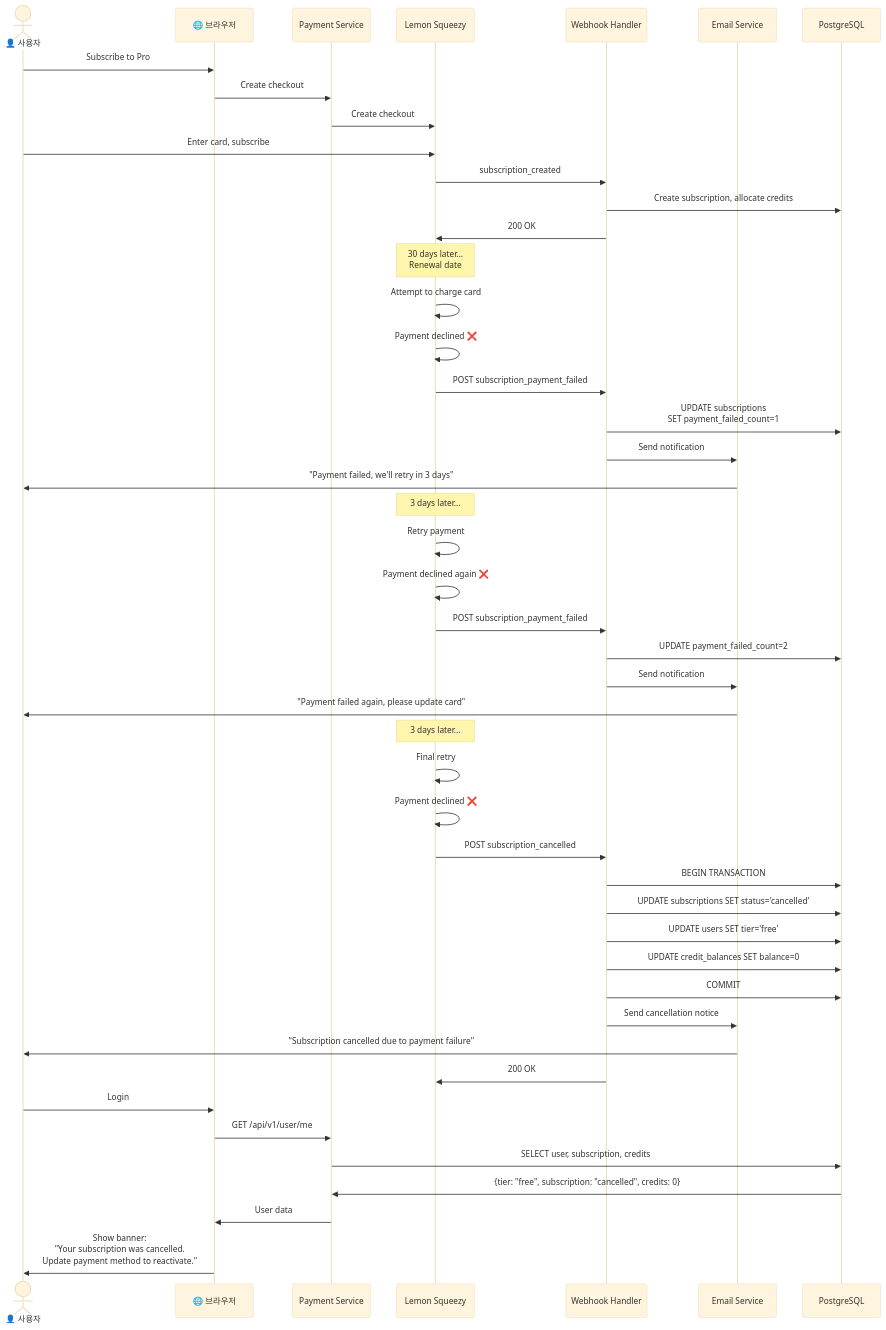
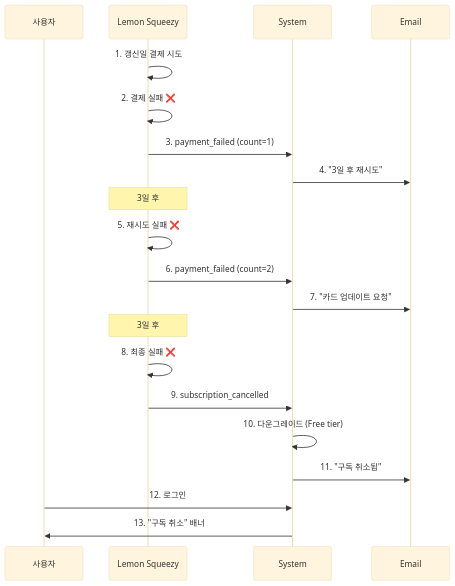
The seventh of 7 diagrams in docs/final-architecture/03-user-sequence-diagrams.md (Pinksea-AI/InvokeAI), drawn with Mermaid (base theme) before and after one commit. The commit also changed other lines of this file and 1 other file, not shown here.

First line of the commit message:
docs: Mermaid 다이어그램 렌더링 문제 수정

````diff
--- a/docs/final-architecture/03-user-sequence-diagrams.md
+++ b/docs/final-architecture/03-user-sequence-diagrams.md
@@ -520,68 +463,26 @@
 ```mermaid
 sequenceDiagram
-    actor User as 👤 사용자
-    participant Browser as 🌐 브라우저
-    participant PaymentSvc as Payment Service
+    participant User as 사용자
     participant LS as Lemon Squeezy
-    participant Webhook as Webhook Handler
-    participant Email as Email Service
-    participant DB as PostgreSQL
+    participant System as System
+    participant Email as Email
 
-    %% 1. 정상 구독
-    User->>Browser: Subscribe to Pro
-    Browser->>PaymentSvc: Create checkout
-    PaymentSvc->>LS: Create checkout
-    User->>LS: Enter card, subscribe
+    LS->>LS: 1. 갱신일 결제 시도
+    LS->>LS: 2. 결제 실패 ❌
+    LS->>System: 3. payment_failed (count=1)
+    System->>Email: 4. "3일 후 재시도"
 
-    LS->>Webhook: subscription_created
-    Webhook->>DB: Create subscription, allocate credits
-    Webhook->>LS: 200 OK
+    Note over LS: 3일 후
+    LS->>LS: 5. 재시도 실패 ❌
+    LS->>System: 6. payment_failed (count=2)
+    System->>Email: 7. "카드 업데이트 요청"
 
-    %% 2. 30일 후 갱신 시도
-    Note over LS: 30 days later...<br/>Renewal date
-    LS->>LS: Attempt to charge card
-    LS->>LS: Payment declined ❌
+    Note over LS: 3일 후
+    LS->>LS: 8. 최종 실패 ❌
+    LS->>System: 9. subscription_cancelled
+    System->>System: 10. 다운그레이드 (Free tier)
+    System->>Email: 11. "구독 취소됨"
 
-    LS->>Webhook: POST subscription_payment_failed
-    Webhook->>DB: UPDATE subscriptions<br/>SET payment_failed_count=1
-
-    Webhook->>Email: Send notification
-    Email->>User: "Payment failed, we'll retry in 3 days"
-
-    %% 3. 첫 번째 재시도 (3일 후)
-    Note over LS: 3 days later...
-    LS->>LS: Retry payment
-    LS->>LS: Payment declined again ❌
-
-    LS->>Webhook: POST subscription_payment_failed
-    Webhook->>DB: UPDATE payment_failed_count=2
-    Webhook->>Email: Send notification
-    Email->>User: "Payment failed again, please update card"
-
-    %% 4. 두 번째 재시도 (3일 후)
-    Note over LS: 3 days later...
-    LS->>LS: Final retry
-    LS->>LS: Payment declined ❌
-
-    LS->>Webhook: POST subscription_cancelled
-    Webhook->>DB: BEGIN TRANSACTION
-
-    Webhook->>DB: UPDATE subscriptions SET status='cancelled'
-    Webhook->>DB: UPDATE users SET tier='free'
-    Webhook->>DB: UPDATE credit_balances SET balance=0
-
-    Webhook->>DB: COMMIT
-
-    Webhook->>Email: Send cancellation notice
-    Email->>User: "Subscription cancelled due to payment failure"
-
-    Webhook->>LS: 200 OK
-
-    %% 5. 사용자 다음 로그인
-    User->>Browser: Login
-    Browser->>PaymentSvc: GET /api/v1/user/me
-    PaymentSvc->>DB: SELECT user, subscription, credits
-    DB->>PaymentSvc: {tier: "free", subscription: "cancelled", credits: 0}
-    PaymentSvc->>Browser: User data
-    Browser->>User: Show banner:<br/>"Your subscription was cancelled.<br/>Update payment method to reactivate."
+    User->>System: 12. 로그인
+    System->>User: 13. "구독 취소" 배너
 ```
````
